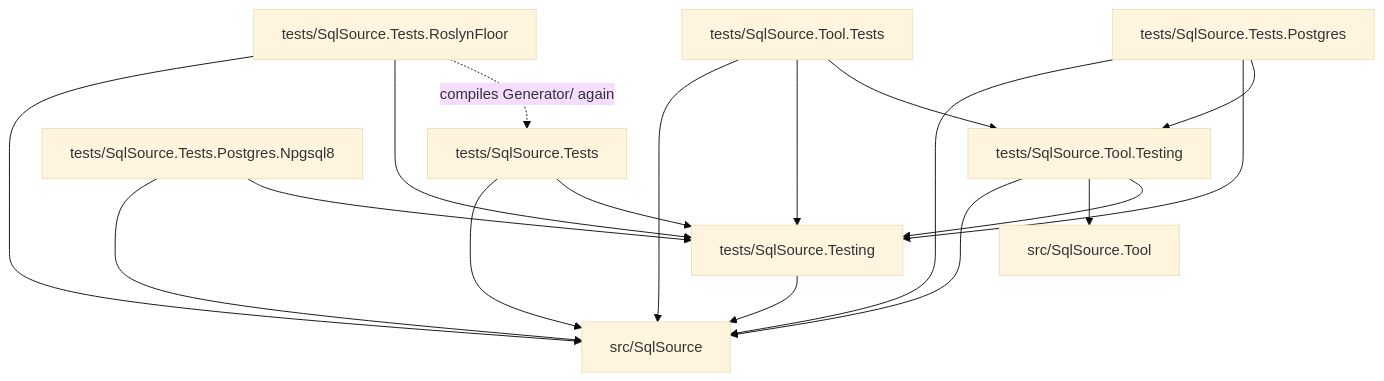
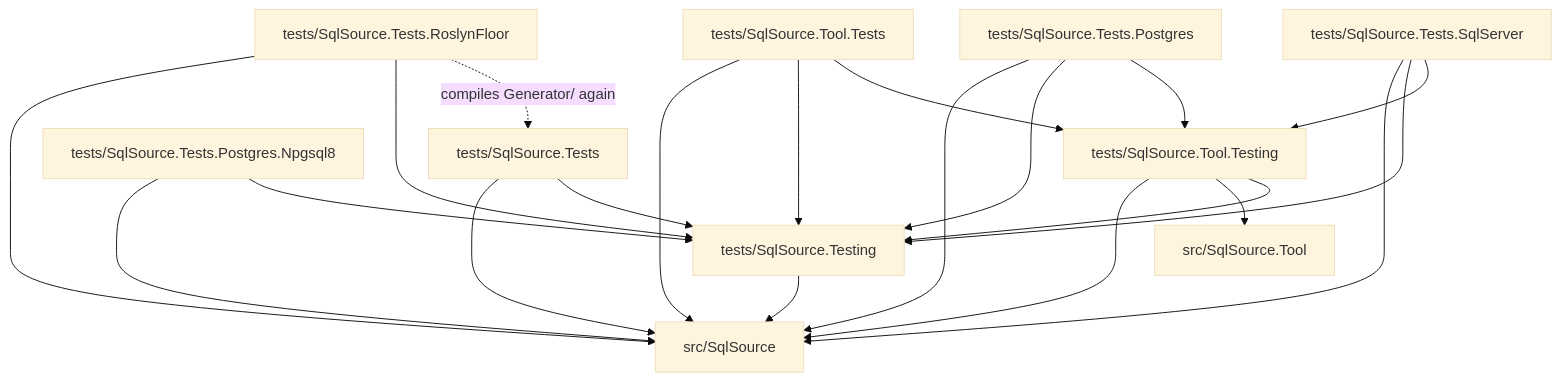
Before and after one commit to mbcrawfo/SqlSource: the diagram in tests/README.md, drawn with Mermaid (base theme). The commit also changed other lines of this file and 22 other files, not shown here.

First line of the commit message:
Add the SQL Server container test project

````diff
--- a/tests/README.md
+++ b/tests/README.md
@@ -53,30 +54,34 @@
 ```mermaid
 graph TD
     Generator["src/SqlSource"]
     Tool["src/SqlSource.Tool"]
     Tests["tests/SqlSource.Tests"]
     Floor["tests/SqlSource.Tests.RoslynFloor"]
     ToolTests["tests/SqlSource.Tool.Tests"]
     Postgres["tests/SqlSource.Tests.Postgres"]
     Npgsql8["tests/SqlSource.Tests.Postgres.Npgsql8"]
+    SqlServer["tests/SqlSource.Tests.SqlServer"]
     Testing["tests/SqlSource.Testing"]
     ToolTesting["tests/SqlSource.Tool.Testing"]
 
     Tests --> Generator
     Tests --> Testing
     Floor --> Generator
     Floor --> Testing
     Floor -.->|compiles Generator/ again| Tests
     ToolTests --> Generator
     ToolTests --> Testing
     ToolTests --> ToolTesting
     Postgres --> Generator
     Postgres --> Testing
     Postgres --> ToolTesting
     Npgsql8 --> Generator
     Npgsql8 --> Testing
+    SqlServer --> Generator
+    SqlServer --> Testing
+    SqlServer --> ToolTesting
     Testing --> Generator
     ToolTesting --> Generator
     ToolTesting --> Tool
     ToolTesting --> Testing
 ```
````
